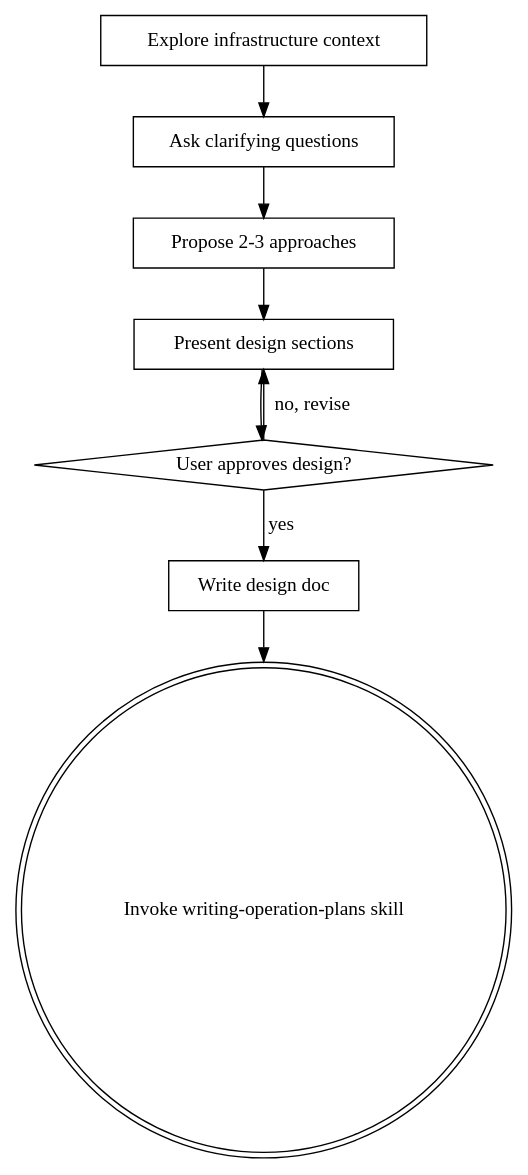
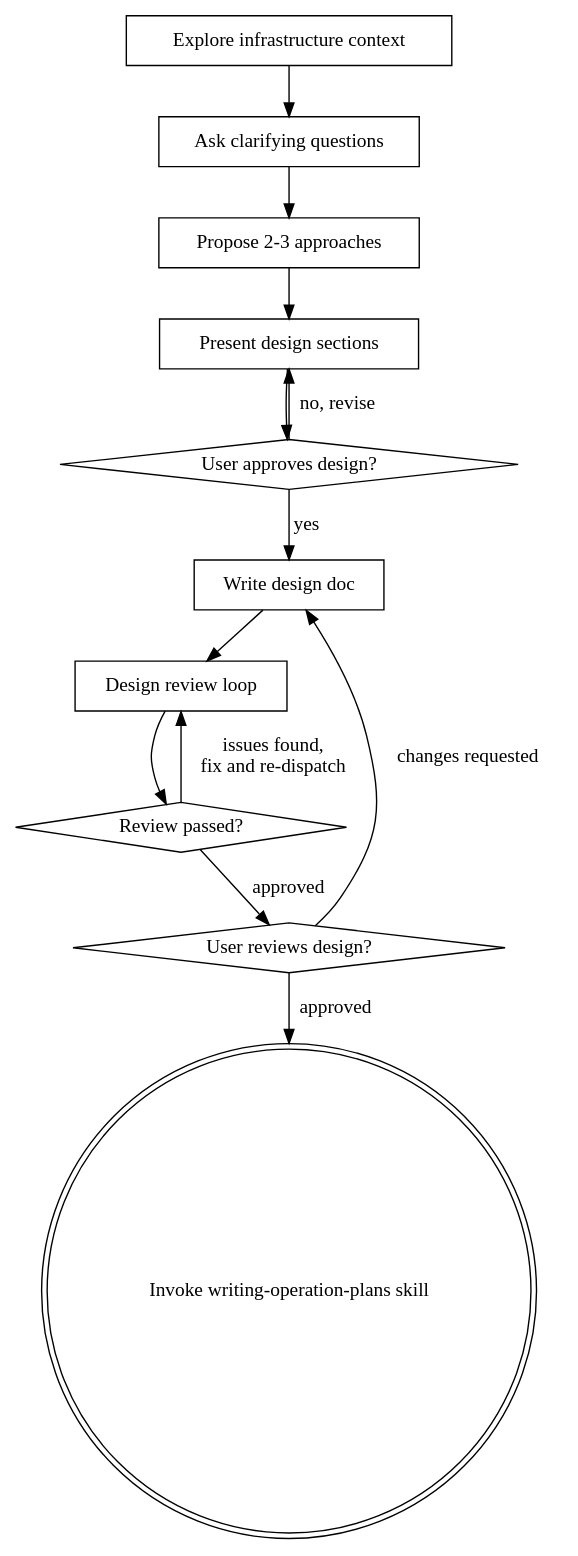
The diagram in skills/brainstorming-operations/SKILL.md (yg-codes/srepowers), drawn with Graphviz before and after one commit. The commit also changed other lines of this file and 82 other files, not shown here.

````diff
--- a/skills/brainstorming-operations/SKILL.md
+++ b/skills/brainstorming-operations/SKILL.md
@@ -24,19 +24,27 @@
 ```dot
 digraph brainstorming {
     "Explore infrastructure context" [shape=box];
     "Ask clarifying questions" [shape=box];
     "Propose 2-3 approaches" [shape=box];
     "Present design sections" [shape=box];
     "User approves design?" [shape=diamond];
     "Write design doc" [shape=box];
+    "Design review loop" [shape=box];
+    "Review passed?" [shape=diamond];
+    "User reviews design?" [shape=diamond];
     "Invoke writing-operation-plans skill" [shape=doublecircle];
 
     "Explore infrastructure context" -> "Ask clarifying questions";
     "Ask clarifying questions" -> "Propose 2-3 approaches";
     "Propose 2-3 approaches" -> "Present design sections";
     "Present design sections" -> "User approves design?";
     "User approves design?" -> "Present design sections" [label="no, revise"];
     "User approves design?" -> "Write design doc" [label="yes"];
-    "Write design doc" -> "Invoke writing-operation-plans skill";
+    "Write design doc" -> "Design review loop";
+    "Design review loop" -> "Review passed?";
+    "Review passed?" -> "Design review loop" [label="issues found,\nfix and re-dispatch"];
+    "Review passed?" -> "User reviews design?" [label="approved"];
+    "User reviews design?" -> "Write design doc" [label="changes requested"];
+    "User reviews design?" -> "Invoke writing-operation-plans skill" [label="approved"];
 }
 ```
````
